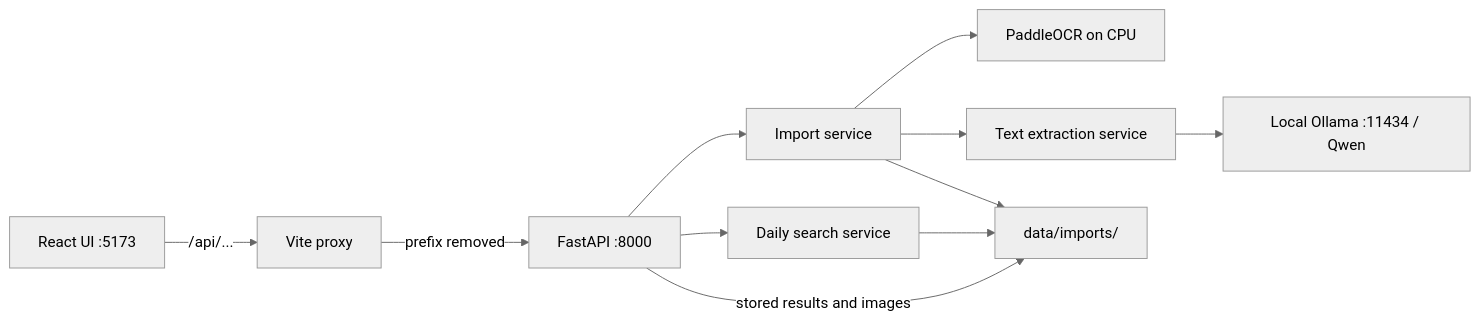
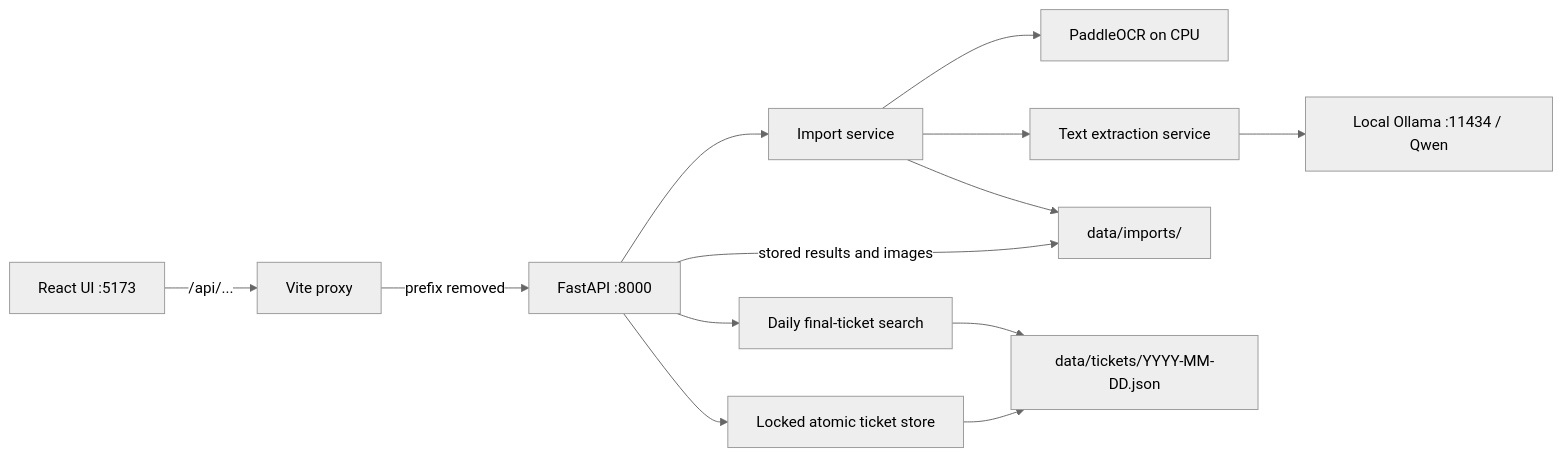
Before and after one commit to sabarish1306/lot_man: the diagram in README.md, drawn with Mermaid (neutral theme). The commit also changed other lines of this file and 26 other files, not shown here.

First line of the commit message:
feat: Implement final ticket storage and management UI

````diff
--- a/README.md
+++ b/README.md
@@ -78,13 +79,15 @@
 ```mermaid
 flowchart LR
     Browser[React UI :5173] -->|/api/...| Proxy[Vite proxy]
     Proxy -->|prefix removed| API[FastAPI :8000]
     API --> Import[Import service]
     Import --> OCR[PaddleOCR on CPU]
     Import --> Text[Text extraction service]
     Text --> Ollama[Local Ollama :11434 / Qwen]
     Import --> Files[data/imports/]
-    API --> Search[Daily search service]
-    Search --> Files
+    API --> Search[Daily final-ticket search]
+    Search --> Tickets[data/tickets/YYYY-MM-DD.json]
+    API --> Store[Locked atomic ticket store]
+    Store --> Tickets
     API -->|stored results and images| Files
 ```
````
